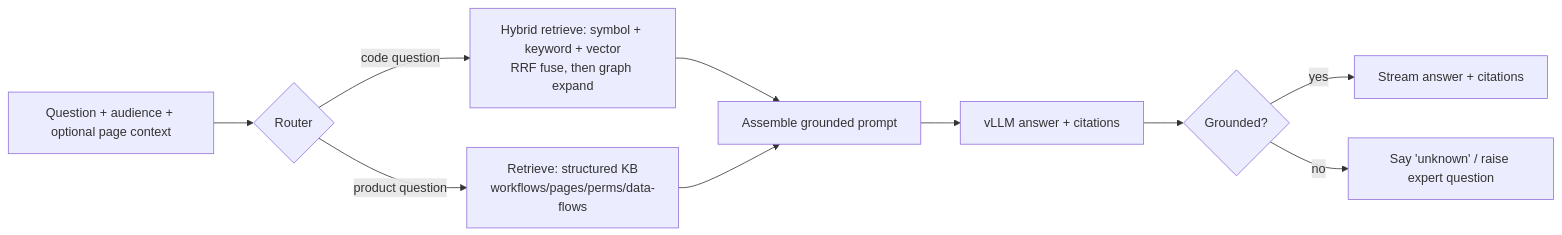
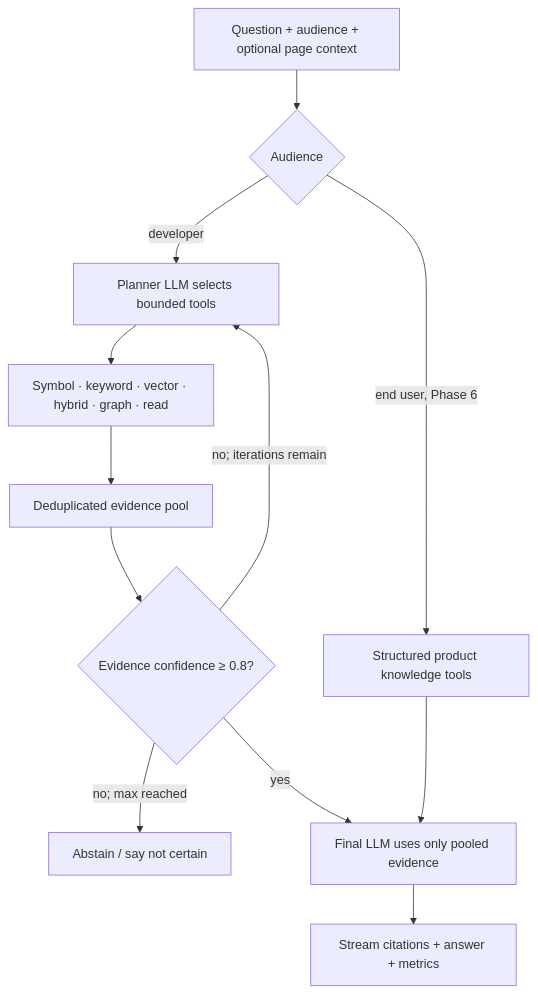
One commit to ashokduraik/CodeSage changed the second of 2 diagrams in docs/final-solution.md. Above: the diagram before and after it, drawn with Mermaid. The commit also changed other lines of this file and 26 other files, not shown here.

````diff
--- a/docs/final-solution.md
+++ b/docs/final-solution.md
@@ -297,12 +297,14 @@
 ```mermaid
-flowchart LR
-    Q[Question + audience + optional page context] --> R{Router}
-    R -->|code question| C[Hybrid retrieve: symbol + keyword + vector\nRRF fuse, then graph expand]
-    R -->|product question| K[Retrieve: structured KB\nworkflows/pages/perms/data-flows]
-    C --> A[Assemble grounded prompt]
+flowchart TB
+    Q[Question + audience + optional page context] --> R{Audience}
+    R -->|developer| P[Planner LLM selects bounded tools]
+    P --> T[Symbol · keyword · vector · hybrid · graph · read]
+    T --> E[Deduplicated evidence pool]
+    E --> G{Evidence confidence ≥ 0.8?}
+    G -->|no; iterations remain| P
+    G -->|no; max reached| U[Abstain / say not certain]
+    G -->|yes| A[Final LLM uses only pooled evidence]
+    A --> OUT[Stream citations + answer + metrics]
+    R -->|end user, Phase 6| K[Structured product knowledge tools]
     K --> A
-    A --> L[vLLM answer + citations]
-    L --> G{Grounded?}
-    G -->|yes| OUT[Stream answer + citations]
-    G -->|no| QQ[Say 'unknown' / raise expert question]
 ```
````
